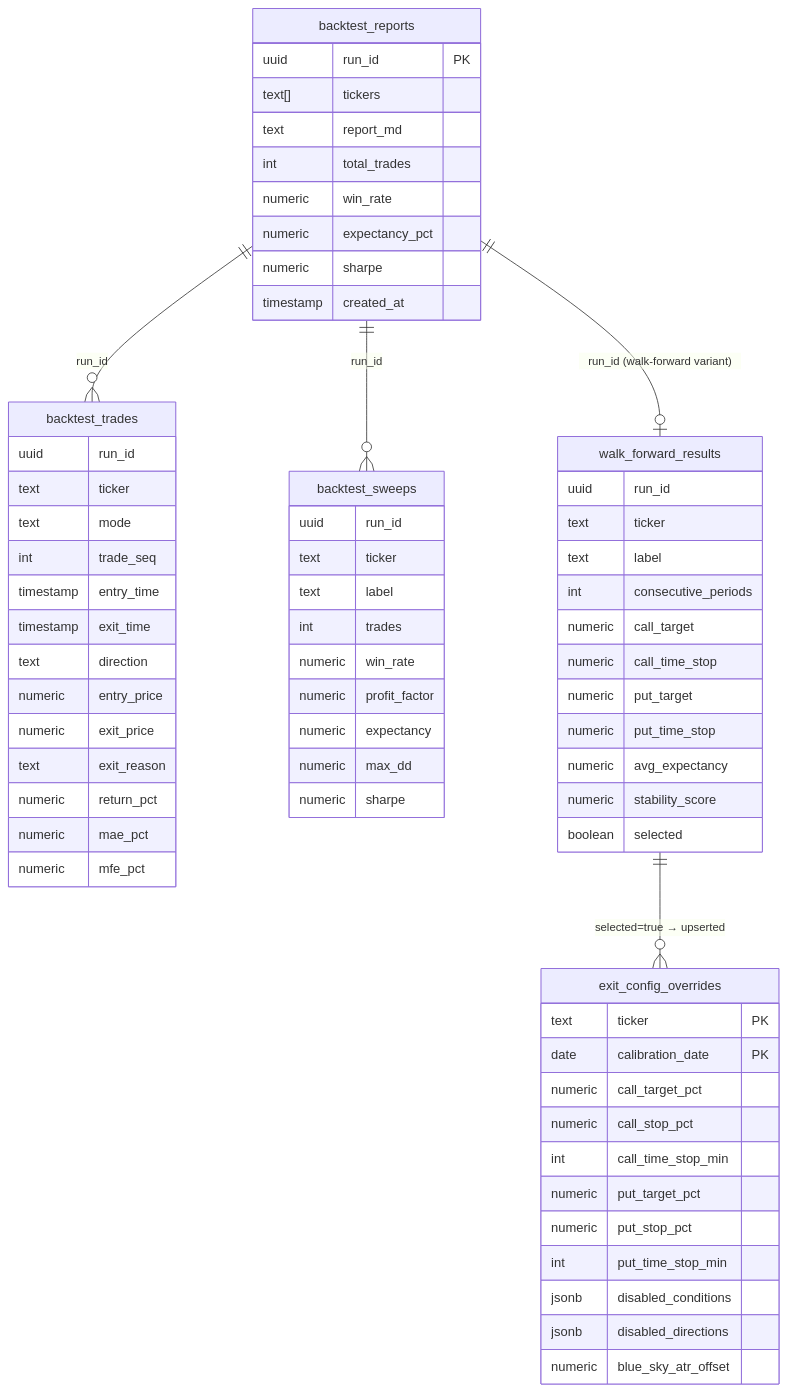
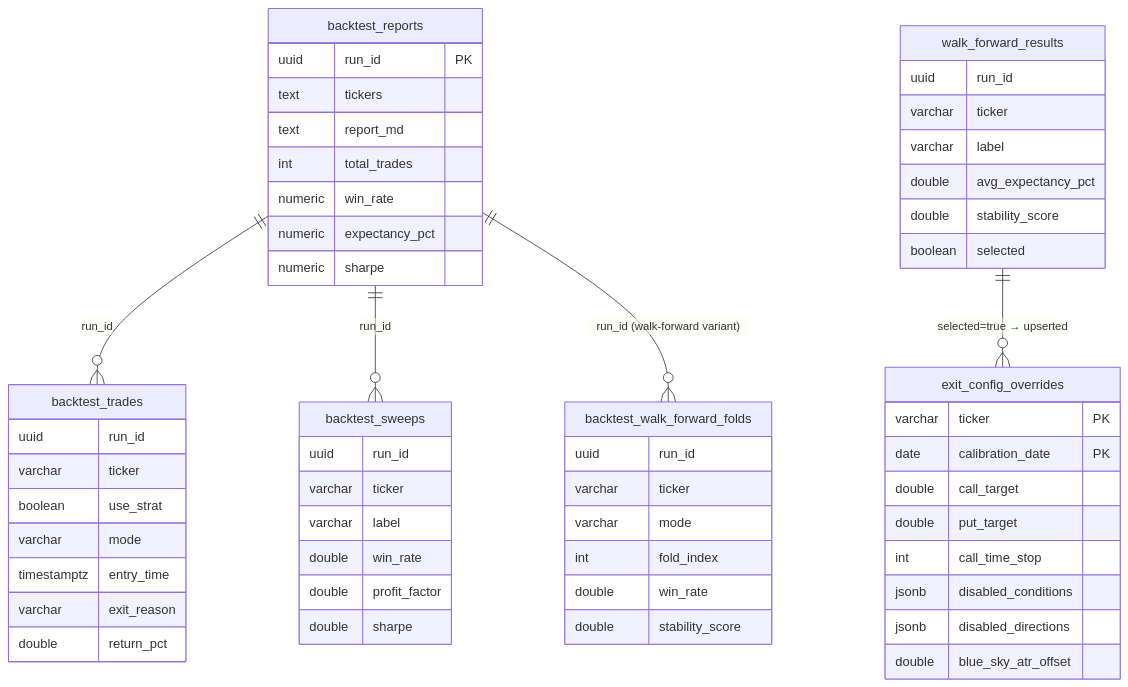
Before and after one commit to TeneikaAskew/stocks: the seventh of 10 diagrams in ERD.md, drawn with Mermaid. The commit also changed other lines of this file and 7 other files, not shown here.

First line of the commit message:
docs: refresh architecture & system docs to 2026-06-23 state

````diff
--- a/ERD.md
+++ b/ERD.md
@@ -429,69 +480,59 @@
 ```mermaid
 erDiagram
     backtest_reports {
         uuid run_id PK
-        text[] tickers
+        text tickers
         text report_md
         int total_trades
         numeric win_rate
         numeric expectancy_pct
         numeric sharpe
-        timestamp created_at
     }
     backtest_trades {
         uuid run_id
-        text ticker
-        text mode
-        int trade_seq
-        timestamp entry_time
-        timestamp exit_time
-        text direction
-        numeric entry_price
-        numeric exit_price
-        text exit_reason
-        numeric return_pct
-        numeric mae_pct
-        numeric mfe_pct
+        varchar ticker
+        boolean use_strat
+        varchar mode
+        timestamptz entry_time
+        varchar exit_reason
+        double return_pct
     }
     backtest_sweeps {
         uuid run_id
-        text ticker
-        text label
-        int trades
-        numeric win_rate
-        numeric profit_factor
-        numeric expectancy
-        numeric max_dd
-        numeric sharpe
+        varchar ticker
+        varchar label
+        double win_rate
+        double profit_factor
+        double sharpe
+    }
+    backtest_walk_forward_folds {
+        uuid run_id
+        varchar ticker
+        varchar mode
+        int fold_index
+        double win_rate
+        double stability_score
     }
     walk_forward_results {
         uuid run_id
-        text ticker
-        text label
-        int consecutive_periods
-        numeric call_target
-        numeric call_time_stop
-        numeric put_target
-        numeric put_time_stop
-        numeric avg_expectancy
-        numeric stability_score
+        varchar ticker
+        varchar label
+        double avg_expectancy_pct
+        double stability_score
         boolean selected
     }
     exit_config_overrides {
-        text ticker PK
+        varchar ticker PK
         date calibration_date PK
-        numeric call_target_pct
-        numeric call_stop_pct
-        int call_time_stop_min
-        numeric put_target_pct
-        numeric put_stop_pct
-        int put_time_stop_min
+        double call_target
+        double put_target
+        int call_time_stop
         jsonb disabled_conditions
         jsonb disabled_directions
-        numeric blue_sky_atr_offset
+        double blue_sky_atr_offset
     }
     backtest_reports ||--o{ backtest_trades : "run_id"
     backtest_reports ||--o{ backtest_sweeps : "run_id"
-    backtest_reports ||--o| walk_forward_results : "run_id (walk-forward variant)"
+    backtest_reports ||--o{ backtest_walk_forward_folds : "run_id (walk-forward variant)"
     walk_forward_results ||--o{ exit_config_overrides : "selected=true → upserted"
 ```
````
